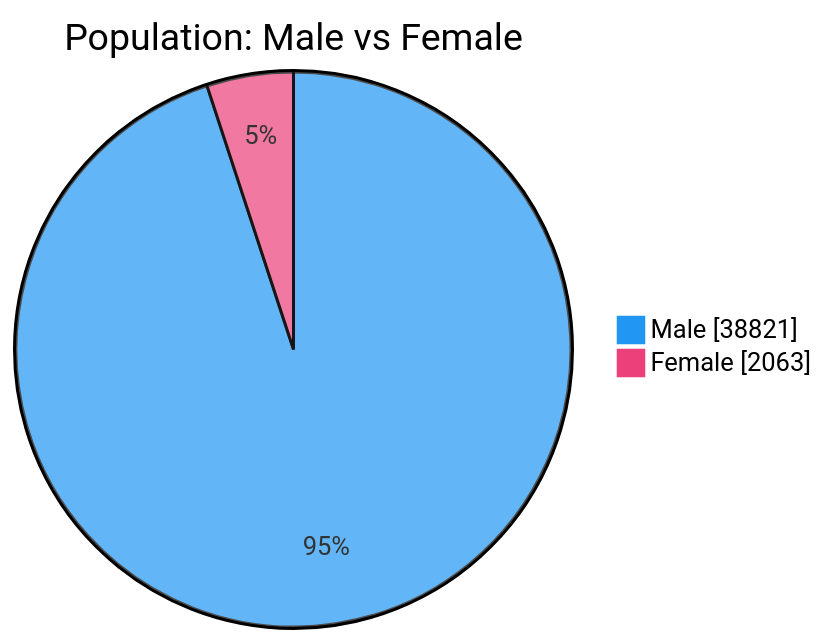
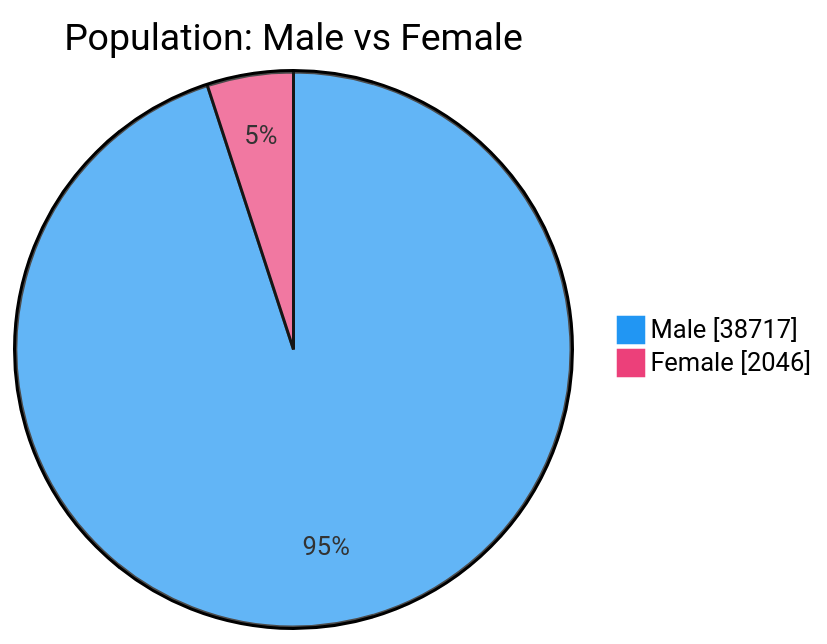
Before and after one commit to nuuuwan/lk_prisons: the second of 7 diagrams in README.md, drawn with Mermaid. The commit also changed other lines of this file and 1 other file, not shown here.

````diff
--- a/README.md
+++ b/README.md
@@ -54,6 +54,6 @@
 ```mermaid
 %%{init: {'themeVariables': {'pie1': '#2196F3', 'pie2': '#EC407A'}}}%%
 pie showData title Population: Male vs Female
-    "Male" : 38821
-    "Female" : 2063
+    "Male" : 38717
+    "Female" : 2046
 ```
````
